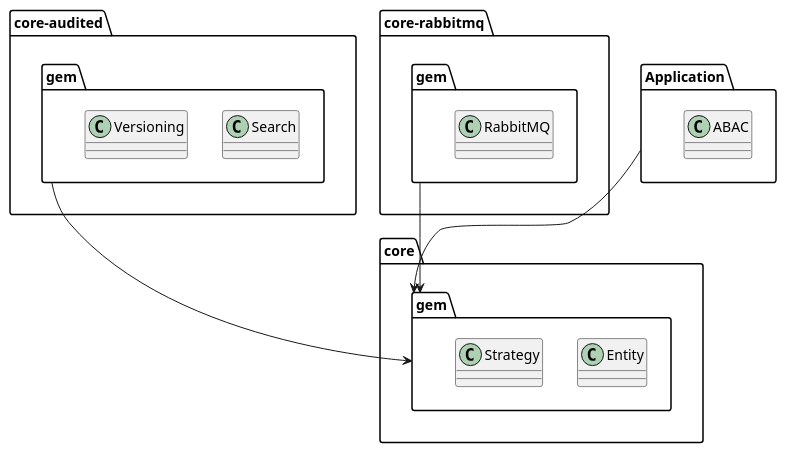
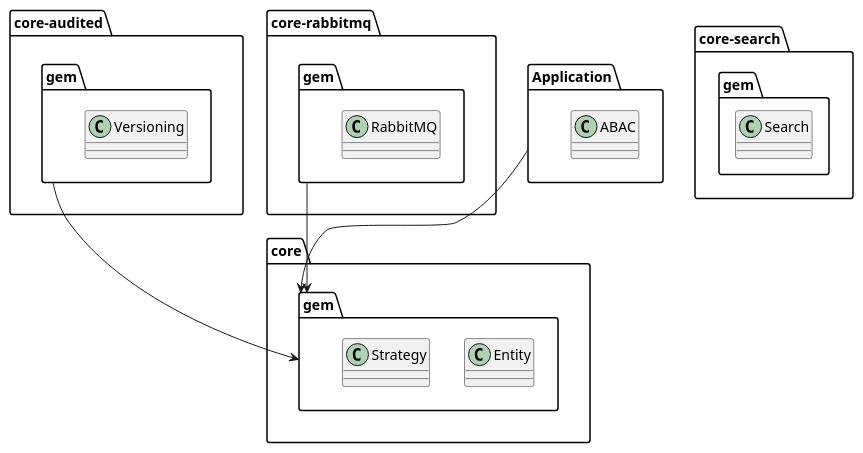
Before and after one commit to sergio-fry/slides: the second of 3 diagrams in ocp/slides.md, drawn with PlantUML. The commit also changed other lines of this file, not shown here.

Commit message:
OCP, remove core

````diff
--- a/ocp/slides.md
+++ b/ocp/slides.md
@@ -187,29 +95,29 @@
 ```plantuml
 package "core.gem" {
   class Entity {
   }
   class Strategy {
   }
 }
-package "core-audited.gem" {
+package "core-search.gem" {
   class Search {
   }
 }
 package "core-audited.gem" {
   class Versioning {
   }
 }
 package "core-rabbitmq.gem" {
   class RabbitMQ {
   }
 }
 package Application {
   class ABAC {
   }
 }
 
 
 Application --> "core.gem"
 "core-audited.gem" --> "core.gem"
 "core-rabbitmq.gem" --> "core.gem"
 ```
````
